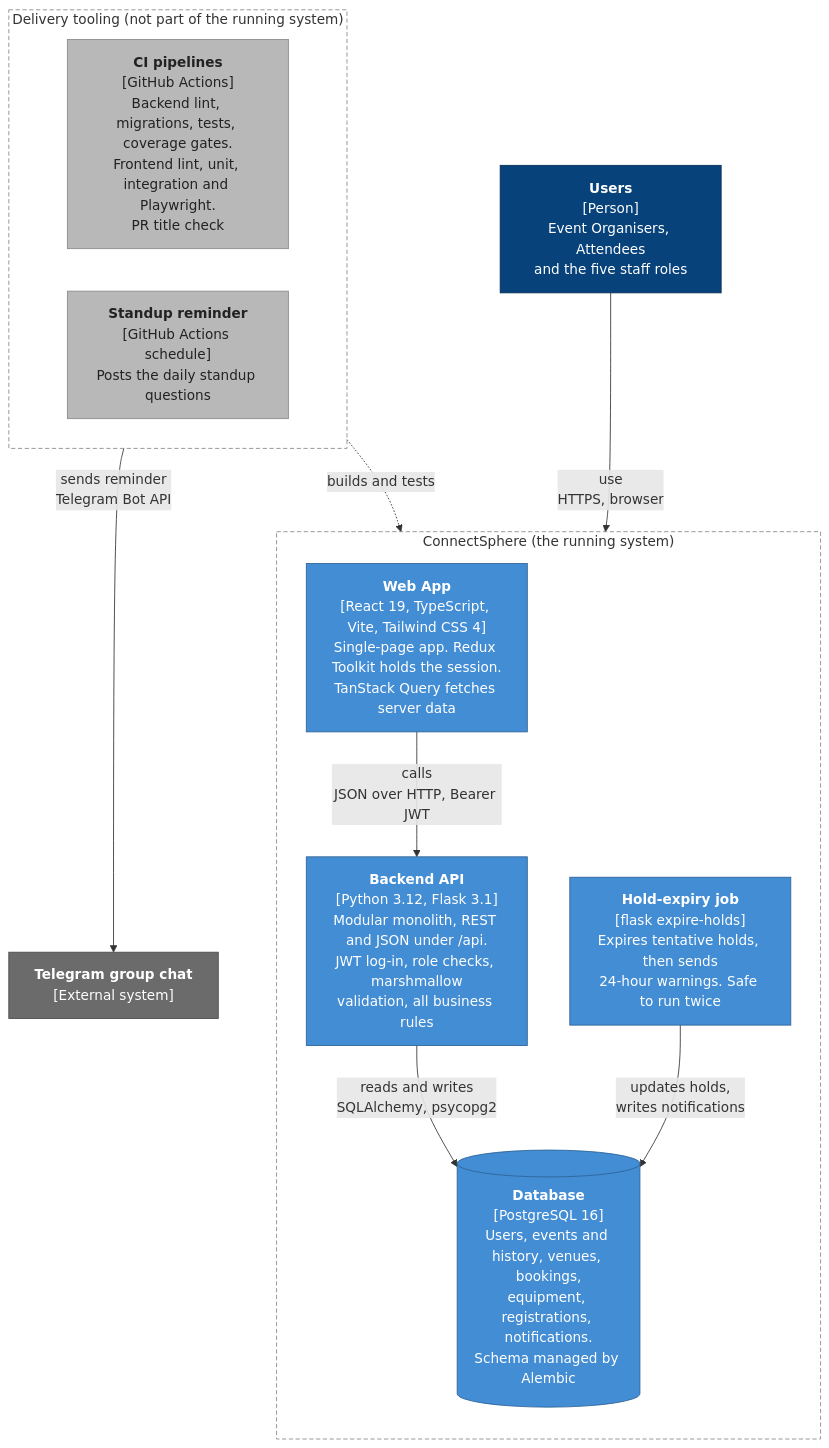
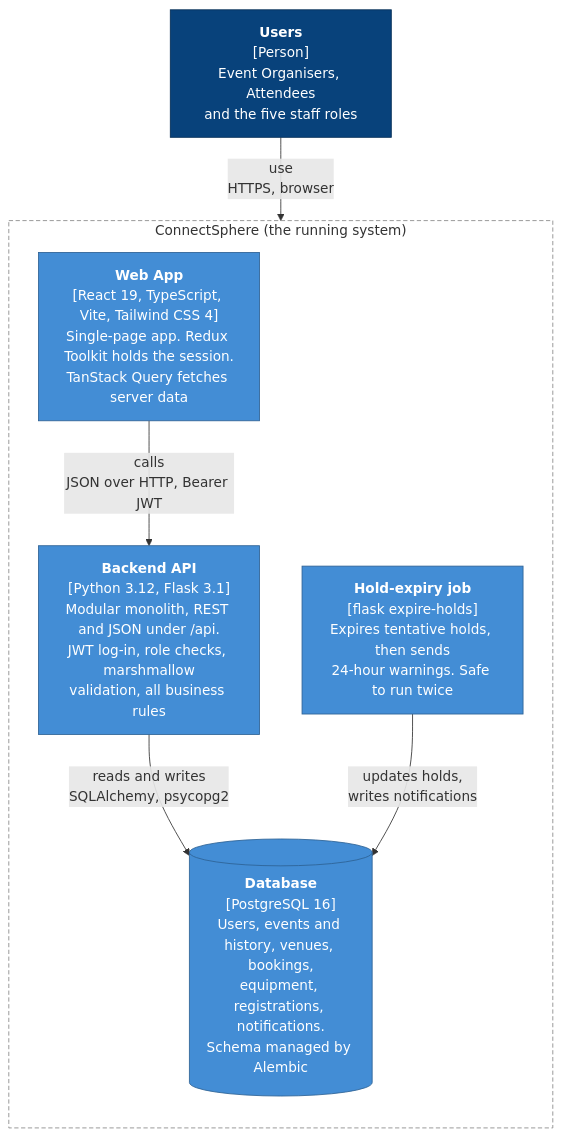
One commit to cheekfg897/SPM-Software-Project-Management- changed the diagram in docs/architecture/02-c4-containers.md. Above: the diagram before and after it, drawn with Mermaid. The commit also changed 7 other files, not shown here.

Commit message:
docs(SCRUM-78): remove github actions and telegram bot from C4 diagrams

````diff
--- a/docs/architecture/02-c4-containers.md
+++ b/docs/architecture/02-c4-containers.md
@@ -6,35 +6,22 @@
 ```mermaid
 flowchart TB
   classDef person fill:#08427b,stroke:#052e56,color:#ffffff
   classDef container fill:#438dd5,stroke:#2e6295,color:#ffffff
-  classDef tool fill:#b8b8b8,stroke:#8a8a8a,color:#222222
-  classDef ext fill:#6b6b6b,stroke:#4a4a4a,color:#ffffff
 
   users["<b>Users</b><br/>[Person]<br/>Event Organisers, Attendees<br/>and the five staff roles"]:::person
 
   subgraph cs["ConnectSphere (the running system)"]
     direction TB
     web["<b>Web App</b><br/>[React 19, TypeScript, Vite, Tailwind CSS 4]<br/>Single-page app. Redux Toolkit holds the session.<br/>TanStack Query fetches server data"]:::container
     api["<b>Backend API</b><br/>[Python 3.12, Flask 3.1]<br/>Modular monolith, REST and JSON under /api.<br/>JWT log-in, role checks, marshmallow<br/>validation, all business rules"]:::container
     db[("<b>Database</b><br/>[PostgreSQL 16]<br/>Users, events and history, venues, bookings,<br/>equipment, registrations, notifications.<br/>Schema managed by Alembic")]:::container
     job["<b>Hold-expiry job</b><br/>[flask expire-holds]<br/>Expires tentative holds, then sends<br/>24-hour warnings. Safe to run twice"]:::container
   end
 
-  subgraph delivery["Delivery tooling (not part of the running system)"]
-    direction LR
-    ci["<b>CI pipelines</b><br/>[GitHub Actions]<br/>Backend lint, migrations, tests, coverage gates.<br/>Frontend lint, unit, integration and Playwright.<br/>PR title check"]:::tool
-    standup["<b>Standup reminder</b><br/>[GitHub Actions schedule]<br/>Posts the daily standup questions"]:::tool
-  end
-
-  telegram["<b>Telegram group chat</b><br/>[External system]"]:::ext
-
   users -->|"use<br/>HTTPS, browser"| web
   web -->|"calls<br/>JSON over HTTP, Bearer JWT"| api
   api -->|"reads and writes<br/>SQLAlchemy, psycopg2"| db
   job -->|"updates holds,<br/>writes notifications"| db
-  ci -.->|"builds and tests"| cs
-  standup -->|"sends reminder<br/>Telegram Bot API"| telegram
 
   style cs fill:none,stroke:#888888,stroke-dasharray:5 3
-  style delivery fill:none,stroke:#888888,stroke-dasharray:5 3
 ```
````
